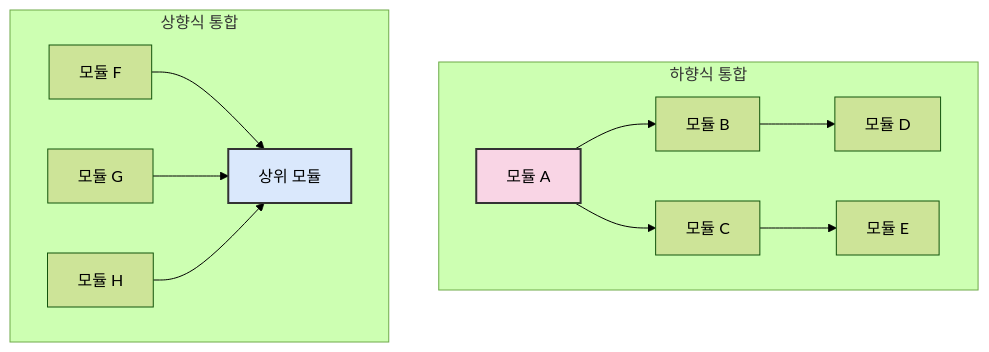
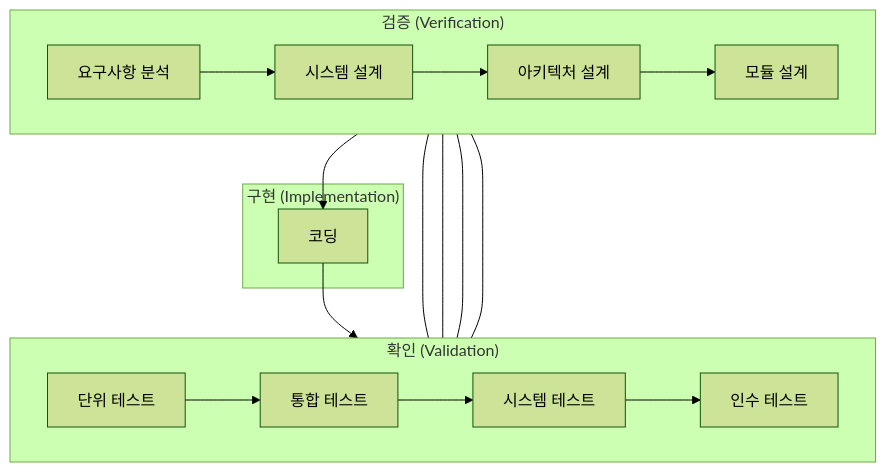
One commit to hanaoverride/data-scientist-cookbook-for-korean changed the diagram in Chapter I. 기반지식 학습/7. 기초 CS 이론 II/2. 소프트웨어 개발 실천/3. 소프트웨어 테스트 기법.md. Above: the diagram before and after it, drawn with Mermaid (forest theme). The commit also changed other lines of this file and 132 other files, not shown here.

````diff
--- a/Chapter I. 기반지식 학습/7. 기초 CS 이론 II/2. 소프트웨어 개발 실천/3. 소프트웨어 테스트 기법.md
+++ b/Chapter I. 기반지식 학습/7. 기초 CS 이론 II/2. 소프트웨어 개발 실천/3. 소프트웨어 테스트 기법.md
@@ -244,18 +47,29 @@
 ```mermaid
 graph TD
-    subgraph 하향식 통합
-    A[모듈 A] --> B[모듈 B]
-    A --> C[모듈 C]
-    B --> D[모듈 D]
-    C --> E[모듈 E]
+    A[요구사항 분석] --> B[시스템 설계]
+    B --> C[아키텍처 설계]
+    C --> D[모듈 설계]
+    D --> E[코딩]
+    
+    E --> F[단위 테스트]
+    F --> G[통합 테스트]
+    G --> H[시스템 테스트]
+    H --> I[인수 테스트]
+
+    A --- I
+    B --- H
+    C --- G
+    D --- F
+
+    subgraph "검증 (Verification)"
+        direction LR
+        A;B;C;D;
     end
-    
-    subgraph 상향식 통합
-    F[모듈 F] --> I[상위 모듈]
-    G[모듈 G] --> I
-    H[모듈 H] --> I
+    subgraph "구현 (Implementation)"
+        E
     end
-    
-    style A fill:#f9d5e5,stroke:#333,stroke-width:2px
-    style I fill:#dae8fc,stroke:#333,stroke-width:2px
+    subgraph "확인 (Validation)"
+        direction LR
+        F;G;H;I
+    end
 ```
````
